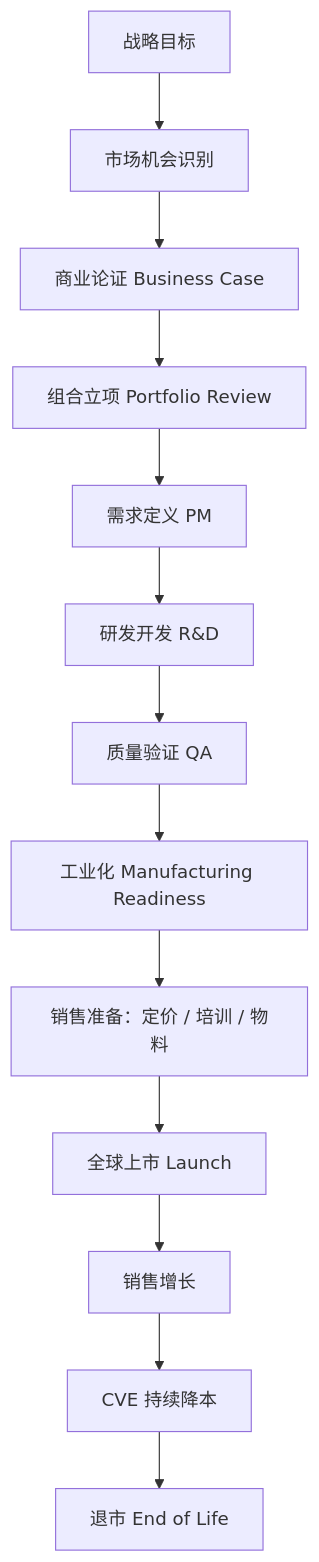
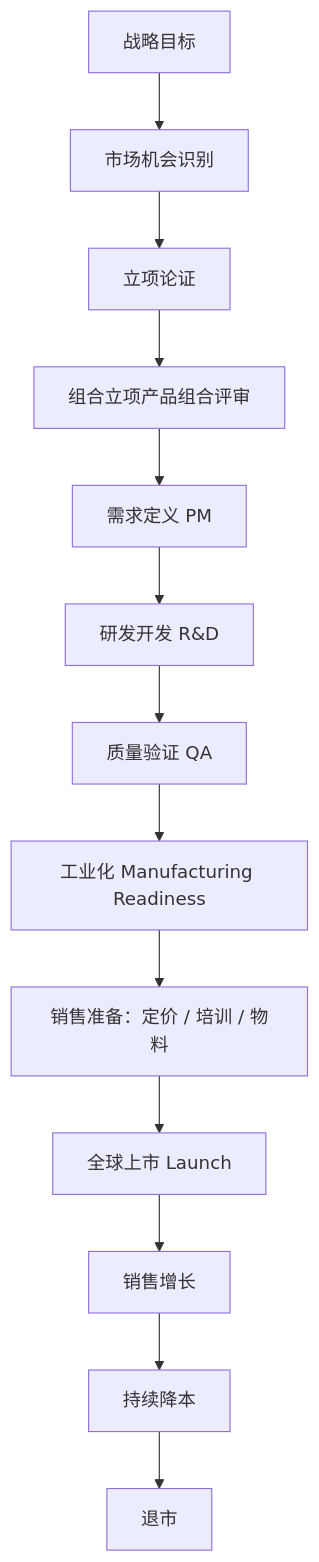
Before and after one commit to analyst2004lx/paper01: the fifth of 29 diagrams in 产品管理/战略和产品管理.md, drawn with Mermaid. The commit also changed other lines of this file and 2 other files, not shown here.

````diff
--- a/产品管理/战略和产品管理.md
+++ b/产品管理/战略和产品管理.md
@@ -290,15 +295,15 @@
 ```mermaid
 flowchart TD
     S["战略目标"] --> O["市场机会识别"]
-    O --> BC["商业论证 Business Case"]
-    BC --> PR["组合立项 Portfolio Review"]
+    O --> BC["立项论证"]
+    BC --> PR["组合立项产品组合评审"]
     PR --> REQ["需求定义 PM"]
     REQ --> DEV["研发开发 R&D"]
     DEV --> QA["质量验证 QA"]
     QA --> MFG["工业化 Manufacturing Readiness"]
     MFG --> SP["销售准备：定价 / 培训 / 物料"]
     SP --> LN["全球上市 Launch"]
     LN --> GR["销售增长"]
-    GR --> CVE["CVE 持续降本"]
-    CVE --> EOL["退市 End of Life"]
+    GR --> CVE["持续降本"]
+    CVE --> EOL["退市"]
 ```
````
